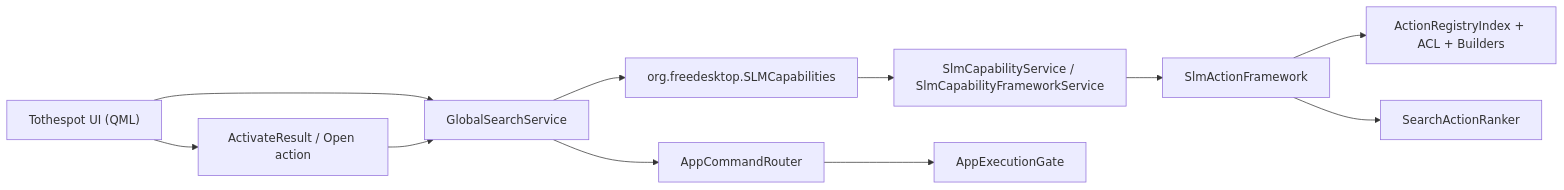
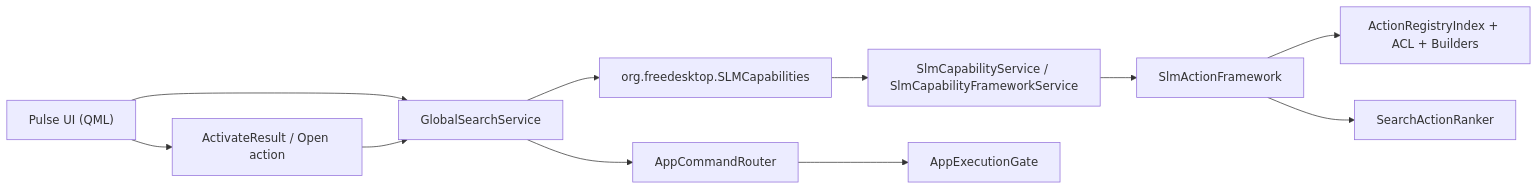
Before and after one commit to mumulalasoft/slm-desktop: the first of 3 diagrams in docs/architecture/TOTHESPOT_FLOW.md, drawn with Mermaid. The commit also changed other lines of this file and 157 other files, not shown here.

````diff
--- a/docs/architecture/TOTHESPOT_FLOW.md
+++ b/docs/architecture/TOTHESPOT_FLOW.md
@@ -7,13 +7,13 @@
 ```mermaid
 flowchart LR
-    UI["Tothespot UI (QML)"] --> GS["GlobalSearchService"]
+    UI["Pulse UI (QML)"] --> GS["GlobalSearchService"]
     GS --> DBus["org.freedesktop.SLMCapabilities"]
     DBus --> CapSvc["SlmCapabilityService / SlmCapabilityFrameworkService"]
     CapSvc --> Framework["SlmActionFramework"]
     Framework --> Registry["ActionRegistryIndex + ACL + Builders"]
     Framework --> Ranker["SearchActionRanker"]
     UI --> Activate["ActivateResult / Open action"]
     Activate --> GS
     GS --> Router["AppCommandRouter"]
     Router --> Gate["AppExecutionGate"]
 ```
````
